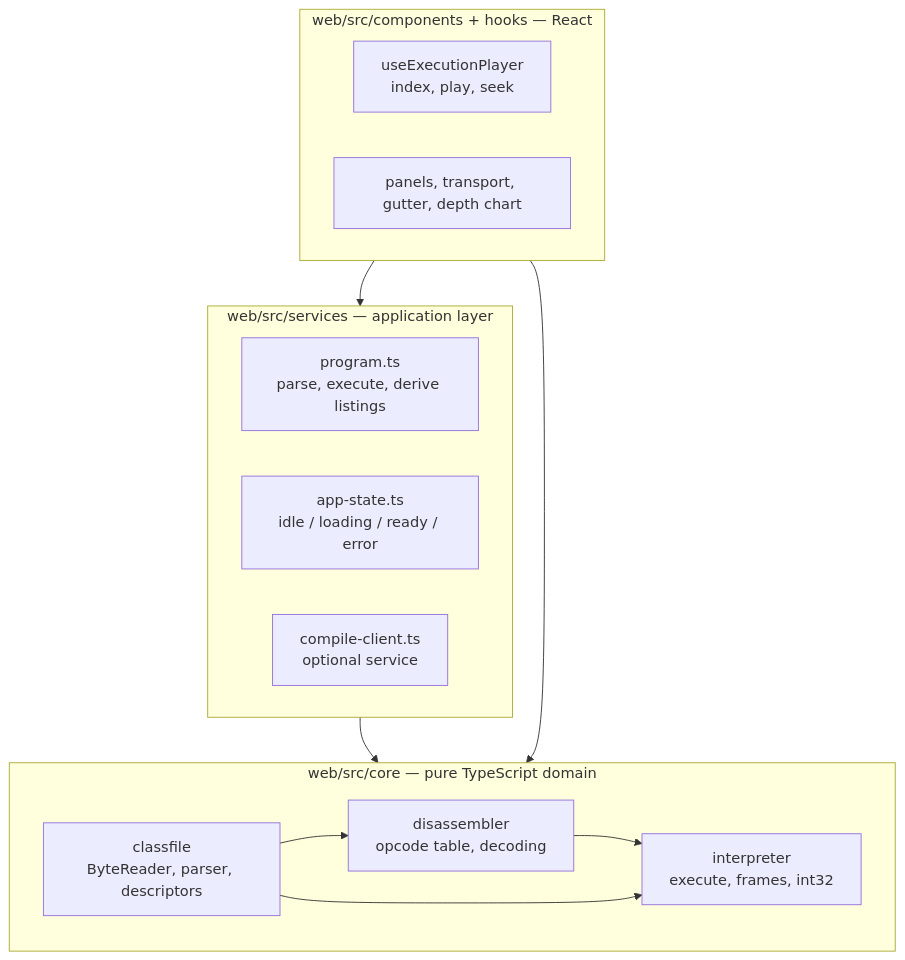
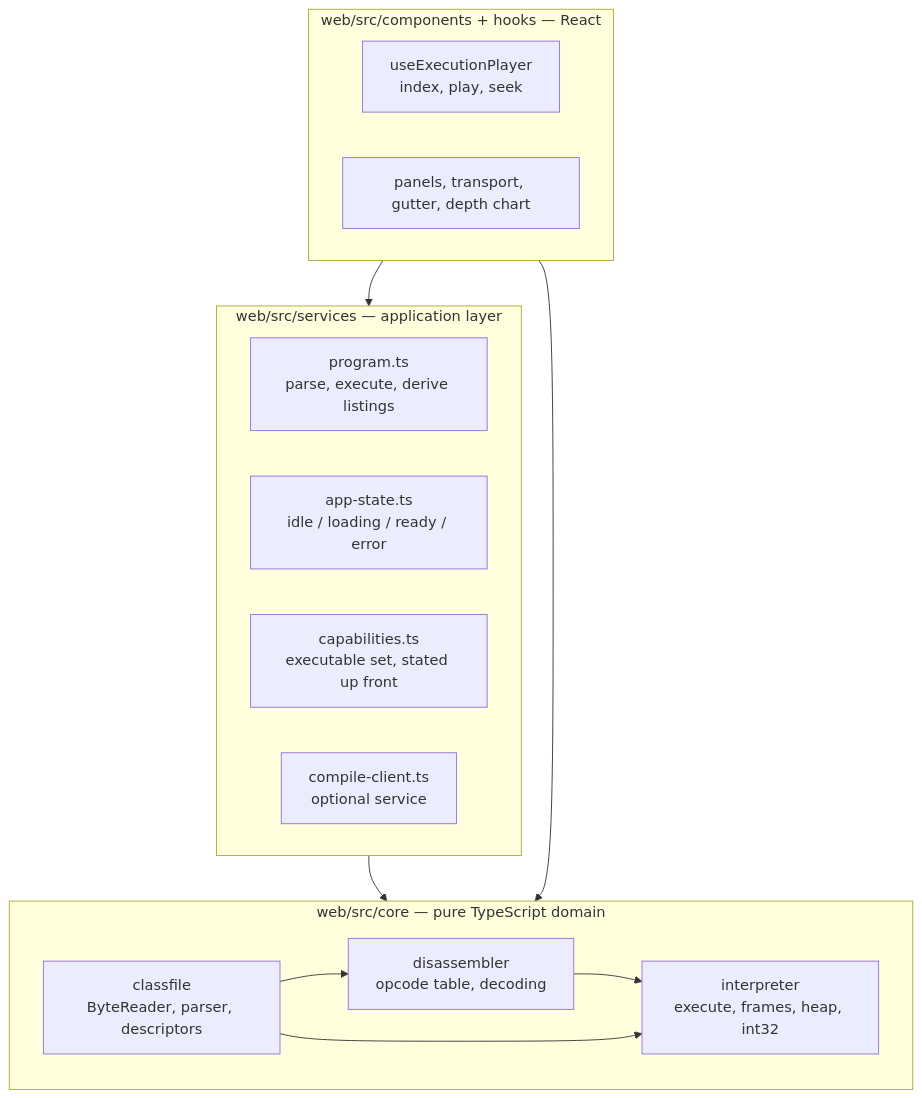
One commit to mblaszczykowski/JVM-Bytecode-Visualizer changed the first of 3 diagrams in docs/architecture.md. Above: the diagram before and after it, drawn with Mermaid. The commit also changed other lines of this file and 3 other files, not shown here.

````diff
--- a/docs/architecture.md
+++ b/docs/architecture.md
@@ -12,23 +12,24 @@
 ```mermaid
 flowchart TD
   subgraph core["web/src/core — pure TypeScript domain"]
     classfile["classfile<br/>ByteReader, parser, descriptors"]
     disassembler["disassembler<br/>opcode table, decoding"]
-    interpreter["interpreter<br/>execute, frames, int32"]
+    interpreter["interpreter<br/>execute, frames, heap, int32"]
     classfile --> disassembler
     disassembler --> interpreter
     classfile --> interpreter
   end
   subgraph app["web/src/services — application layer"]
     program["program.ts<br/>parse, execute, derive listings"]
     state["app-state.ts<br/>idle / loading / ready / error"]
+    capabilities["capabilities.ts<br/>executable set, stated up front"]
     compileClient["compile-client.ts<br/>optional service"]
   end
   subgraph ui["web/src/components + hooks — React"]
     player["useExecutionPlayer<br/>index, play, seek"]
     panels["panels, transport, gutter, depth chart"]
   end
   app --> core
   ui --> app
   ui --> core
 ```
````
